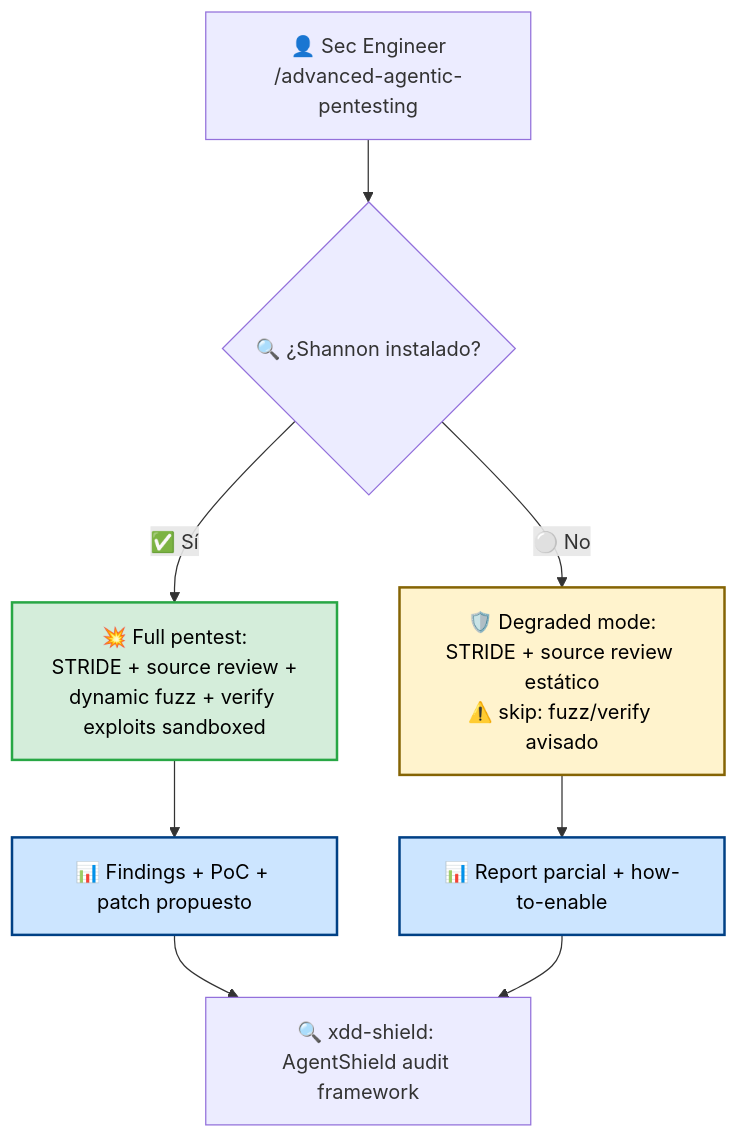
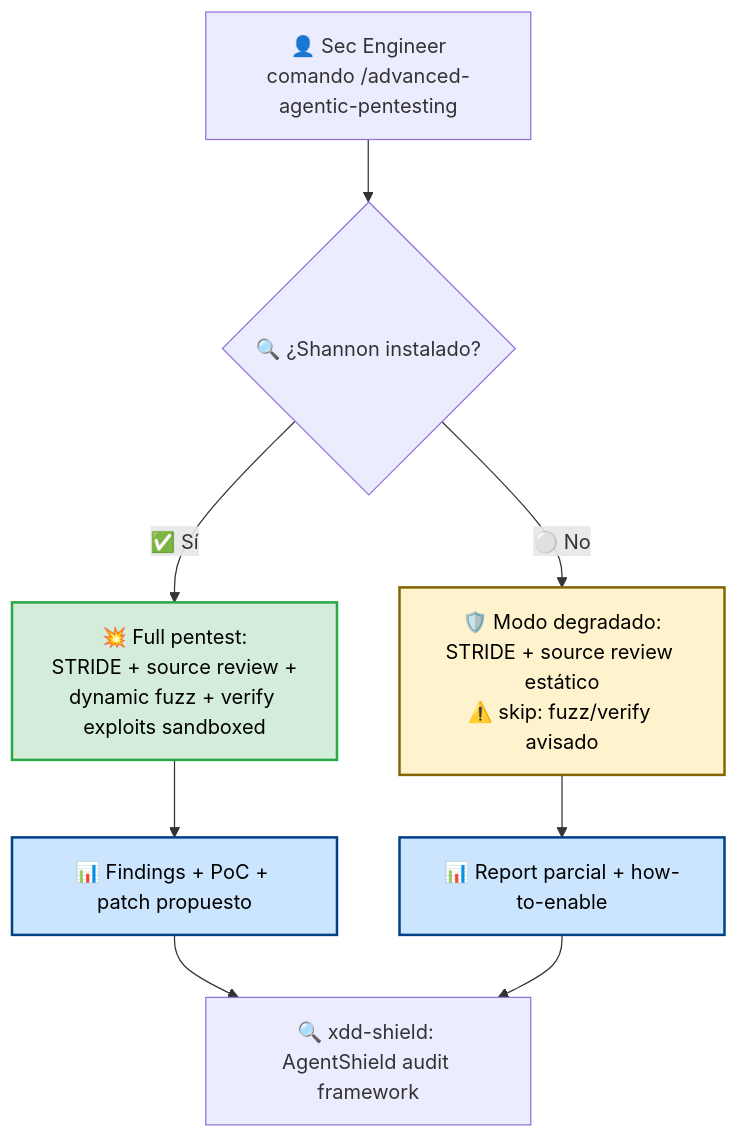
The fourth of 10 diagrams in README.md (Cucholambr3ta/x-dd), drawn with Mermaid before and after one commit. The commit also changed other lines of this file and 2 other files, not shown here.

First line of the commit message:
fix(readme): i18n multi-idioma + español neutro + Mermaid nodes quoted

````diff
--- a/README.md
+++ b/README.md
@@ -179,20 +180,20 @@
 ```mermaid
 flowchart TD
-    U[👤 Sec Engineer<br/>/advanced-agentic-pentesting] --> CHK{🔍 ¿Shannon instalado?}
+    U["👤 Sec Engineer<br/>comando /advanced-agentic-pentesting"] --> CHK{"🔍 ¿Shannon instalado?"}
 
-    CHK -->|✅ Sí| FULL[💥 Full pentest:<br/>STRIDE + source review +<br/>dynamic fuzz + verify exploits sandboxed]
-    CHK -->|⚪ No| DEG[🛡️ Degraded mode:<br/>STRIDE + source review estático<br/>⚠️ skip: fuzz/verify avisado]
+    CHK -->|"✅ Sí"| FULL["💥 Full pentest:<br/>STRIDE + source review +<br/>dynamic fuzz + verify exploits sandboxed"]
+    CHK -->|"⚪ No"| DEG["🛡️ Modo degradado:<br/>STRIDE + source review estático<br/>⚠️ skip: fuzz/verify avisado"]
 
-    FULL --> REP1[📊 Findings + PoC + patch propuesto]
-    DEG --> REP2[📊 Report parcial + how-to-enable]
+    FULL --> REP1["📊 Findings + PoC + patch propuesto"]
+    DEG --> REP2["📊 Report parcial + how-to-enable"]
 
-    REP1 --> AS[🔍 xdd-shield: AgentShield audit framework]
+    REP1 --> AS["🔍 xdd-shield: AgentShield audit framework"]
     REP2 --> AS
 
     classDef ok fill:#d4edda,stroke:#28a745,color:#000,stroke-width:2px
     classDef warn fill:#fff3cd,stroke:#856404,color:#000,stroke-width:2px
     classDef report fill:#cce5ff,stroke:#004085,color:#000,stroke-width:2px
     class FULL ok
     class DEG warn
     class REP1,REP2 report
 ```
````
